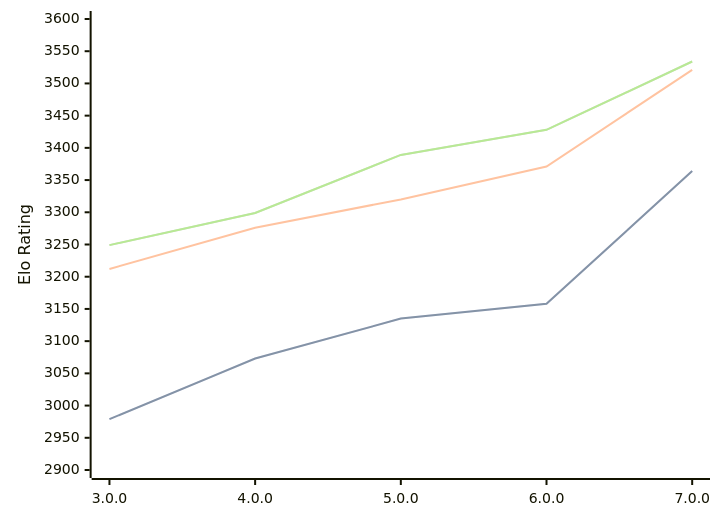
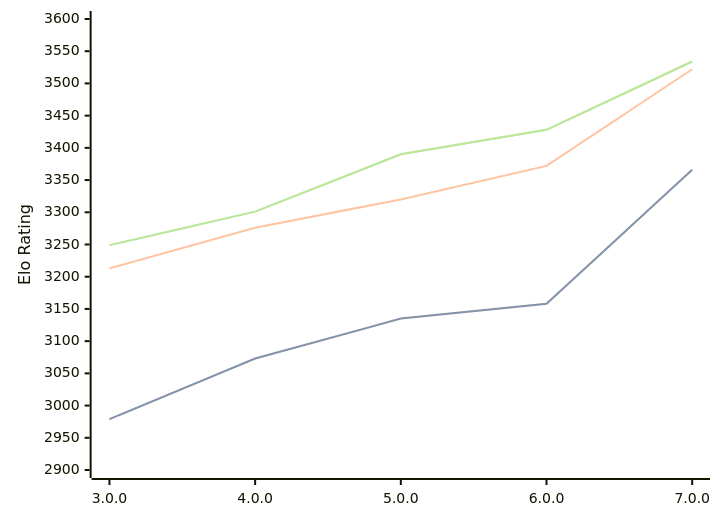
The diagram in engines/Minke.md (computer-chess-index/cci), drawn with Mermaid before and after one commit. The commit also changed other lines of this file, not shown here.

Commit message:
Update CCI Ratings (ELO VLTC) - 2026-09-09

````diff
--- a/engines/Minke.md
+++ b/engines/Minke.md
@@ -35,11 +35,11 @@
 ```mermaid
 %%{init: {"theme":"base","themeVariables":{"seriesColors:['#a3a3a3','#222221','#faa371']}}}%%
 xychart-beta
   x-axis ["3.0.0", "4.0.0", "5.0.0", "6.0.0", "7.0.0"]
   y-axis "Elo Rating" 2900 --> 3600
-  line "" [2979, 3073, 3135, 3158, 3364]
-  line "STC (8.0+0.08s)" [2979, 3073, 3135, 3158, 3364]
-  line "LTC (60.0+0.60s)" [3212, 3276, 3320, 3371, 3521]
-  line "" [3249, 3299, 3389, 3428, 3534]
-  line "VLTC (2m24s+1.12s)" [3249, 3299, 3389, 3428, 3534]
+  line "" [2979, 3073, 3135, 3158, 3366]
+  line "STC (8.0+0.08s)" [2979, 3073, 3135, 3158, 3366]
+  line "LTC (60.0+0.60s)" [3213, 3276, 3320, 3372, 3522]
+  line "" [3249, 3301, 3390, 3428, 3534]
+  line "VLTC (2m24s+1.12s)" [3249, 3301, 3390, 3428, 3534]
 ```
````
